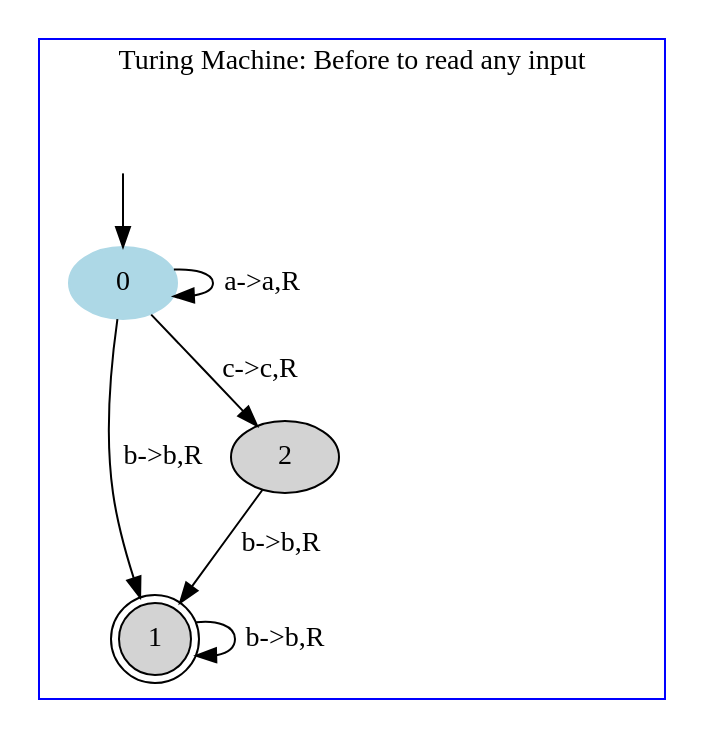
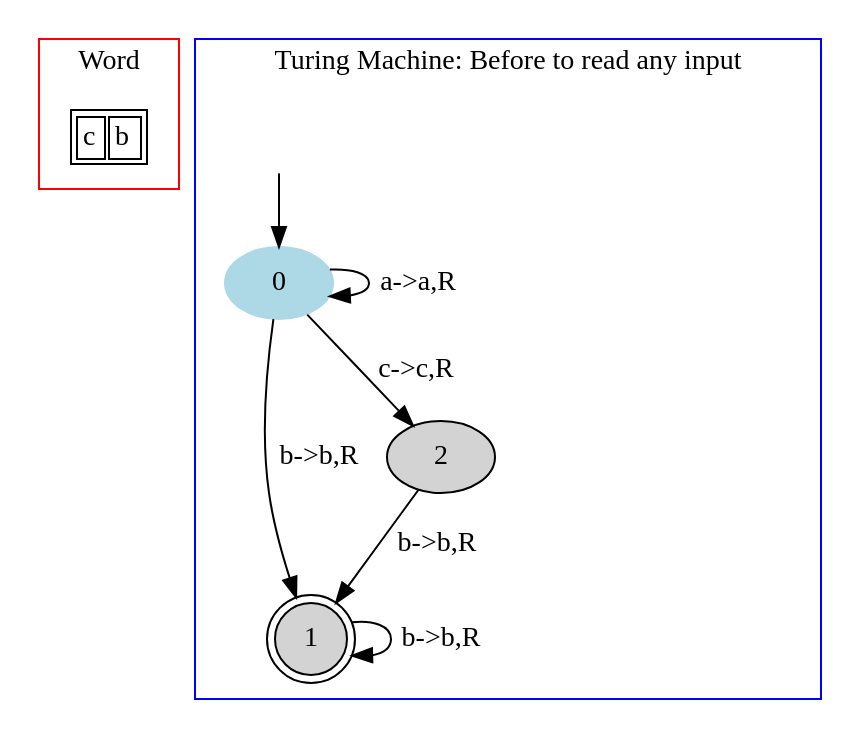
The diagram in TM/images/file1.dot (danielScLima/turing_machine), drawn with Graphviz before and after one commit. The commit also changed 7 other files, not shown here.

```diff
--- a/TM/images/file1.dot
+++ b/TM/images/file1.dot
@@ -1,17 +1,29 @@
 digraph G {
+	subgraph cluster_0 {
+		node [shape=plaintext];
+
+struct1 [label=<<TABLE>
+<TR>
+<TD><FONT>c</FONT></TD>
+<TD><FONT>b</FONT></TD>
+</TR>
+</TABLE>>];
+label = "Word";
+color=red;
+}
 	subgraph cluster_1 {
 		node [style=filled];
 		label = "Turing Machine: Before to read any input"
 		color=blue;
 
 		0 [color="lightblue"];
 		1 [shape="doublecircle"];
 		2;
 		0->0[label="a->a,R"];
 		0->1[label="b->b,R"];
 		0->2[label="c->c,R"];
 		1->1[label="b->b,R"];
 		2->1[label="b->b,R"];
 x [color=white, label=""];		x->0	}
 
 }
```
